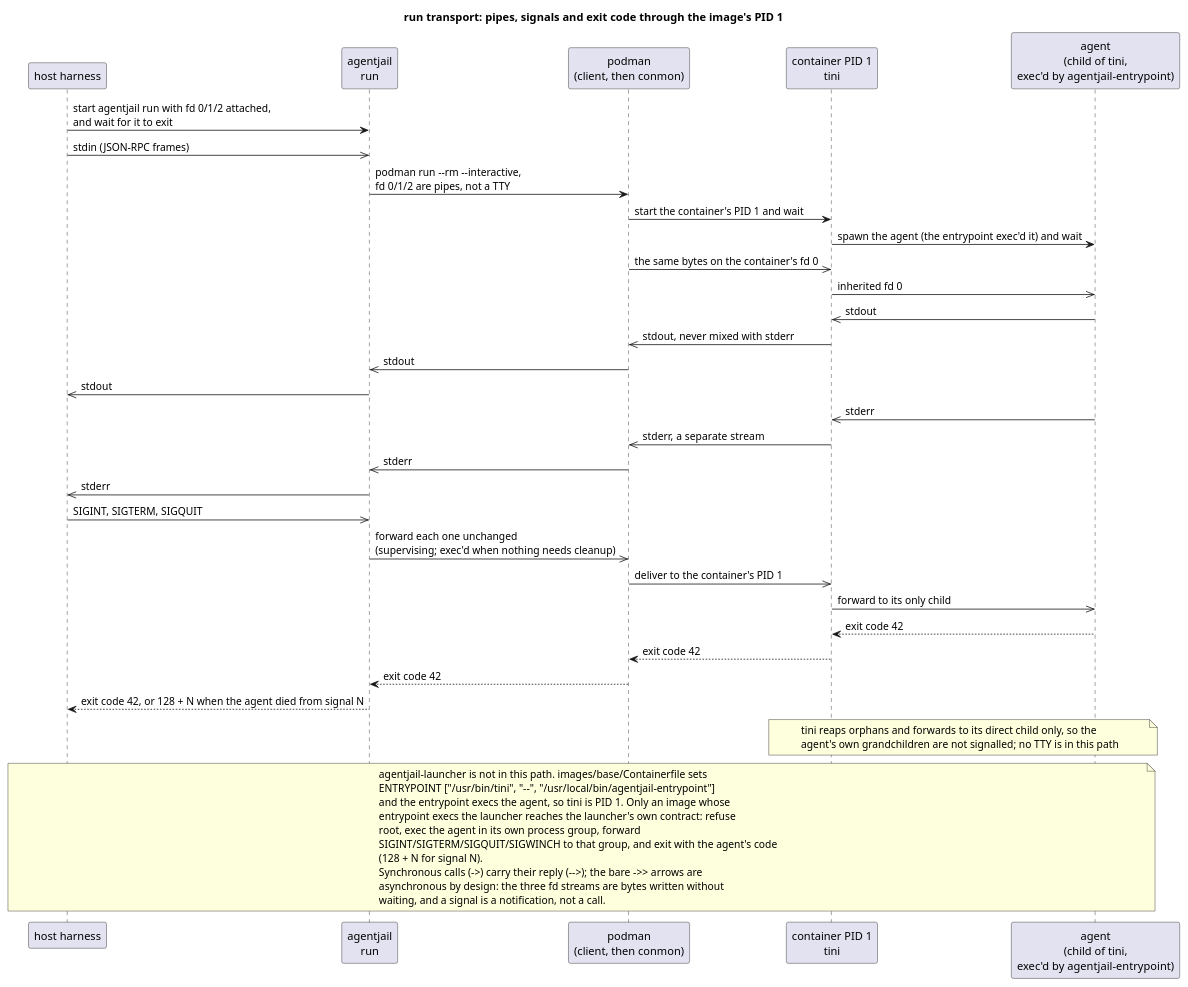
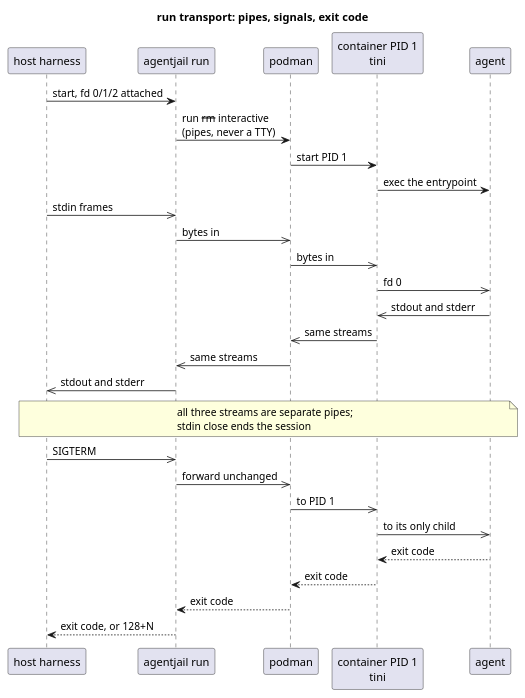
The diagram in docs/diagrams/launcher-sequence.puml (Breinich/agentjail), drawn with PlantUML before and after one commit. The commit also changed 11 other files, not shown here.

First line of the commit message:
docs(diagrams): split run-lifecycle, cut launcher arrows, narrow egress-decision

```diff
--- a/docs/diagrams/launcher-sequence.puml
+++ b/docs/diagrams/launcher-sequence.puml
@@ -1,52 +1,33 @@
 @startuml launcher-sequence
-' UML sequence diagram only: participants, lifelines, sync and async messages,
-' replies and notes, and no other diagram or UML element type. The subject is
-' the transport contract `run` actually gets: the base image's PID 1 chain.
-' Source of record for docs/diagrams/launcher-sequence.svg. Do not edit the SVG:
-' render it with the pinned PlantUML image (docs/adopting.md).
-' &#45;&#45; is a literal "--": PlantUML reads --text-- as strikeout.
-title run transport: pipes, signals and exit code through the image's PID 1
+' UML sequence diagram: pipes, signals, exit code.
+' Source of record for launcher-sequence.svg - render with the pinned PlantUML image.
+title run transport: pipes, signals, exit code
 
 participant "host harness" as H
-participant "agentjail\nrun" as C
-participant "podman\n(client, then conmon)" as P
+participant "agentjail run" as C
+participant "podman" as P
 participant "container PID 1\ntini" as T
-participant "agent\n(child of tini,\nexec'd by agentjail-entrypoint)" as A
+participant "agent" as A
 
-H -> C : start agentjail run with fd 0/1/2 attached,\nand wait for it to exit
-H ->> C : stdin (JSON-RPC frames)
-C -> P : podman run &#45;&#45;rm &#45;&#45;interactive,\nfd 0/1/2 are pipes, not a TTY
-P -> T : start the container's PID 1 and wait
-T -> A : spawn the agent (the entrypoint exec'd it) and wait
-P ->> T : the same bytes on the container's fd 0
-T ->> A : inherited fd 0
-A ->> T : stdout
-T ->> P : stdout, never mixed with stderr
-P ->> C : stdout
-C ->> H : stdout
-A ->> T : stderr
-T ->> P : stderr, a separate stream
-P ->> C : stderr
-C ->> H : stderr
-H ->> C : SIGINT, SIGTERM, SIGQUIT
-C ->> P : forward each one unchanged\n(supervising; exec'd when nothing needs cleanup)
-P ->> T : deliver to the container's PID 1
-T ->> A : forward to its only child
-A --> T : exit code 42
-T --> P : exit code 42
-P --> C : exit code 42
-C --> H : exit code 42, or 128 + N when the agent died from signal N
-note over T, A : tini reaps orphans and forwards to its direct child only, so the\nagent's own grandchildren are not signalled; no TTY is in this path
-note over H, A
-  agentjail-launcher is not in this path. images/base/Containerfile sets
-  ENTRYPOINT ["/usr/bin/tini", "&#45;&#45;", "/usr/local/bin/agentjail-entrypoint"]
-  and the entrypoint execs the agent, so tini is PID 1. Only an image whose
-  entrypoint execs the launcher reaches the launcher's own contract: refuse
-  root, exec the agent in its own process group, forward
-  SIGINT/SIGTERM/SIGQUIT/SIGWINCH to that group, and exit with the agent's code
-  (128 + N for signal N).
-  Synchronous calls (->) carry their reply (-->); the bare ->> arrows are
-  asynchronous by design: the three fd streams are bytes written without
-  waiting, and a signal is a notification, not a call.
-end note
+H -> C : start, fd 0/1/2 attached
+C -> P : run --rm --interactive\n(pipes, never a TTY)
+P -> T : start PID 1
+T -> A : exec the entrypoint
+H ->> C : stdin frames
+C ->> P : bytes in
+P ->> T : bytes in
+T ->> A : fd 0
+A ->> T : stdout and stderr
+T ->> P : same streams
+P ->> C : same streams
+C ->> H : stdout and stderr
+note over H, A : all three streams are separate pipes;\nstdin close ends the session
+H ->> C : SIGTERM
+C ->> P : forward unchanged
+P ->> T : to PID 1
+T ->> A : to its only child
+A --> T : exit code
+T --> P : exit code
+P --> C : exit code
+C --> H : exit code, or 128+N
 @enduml
```
